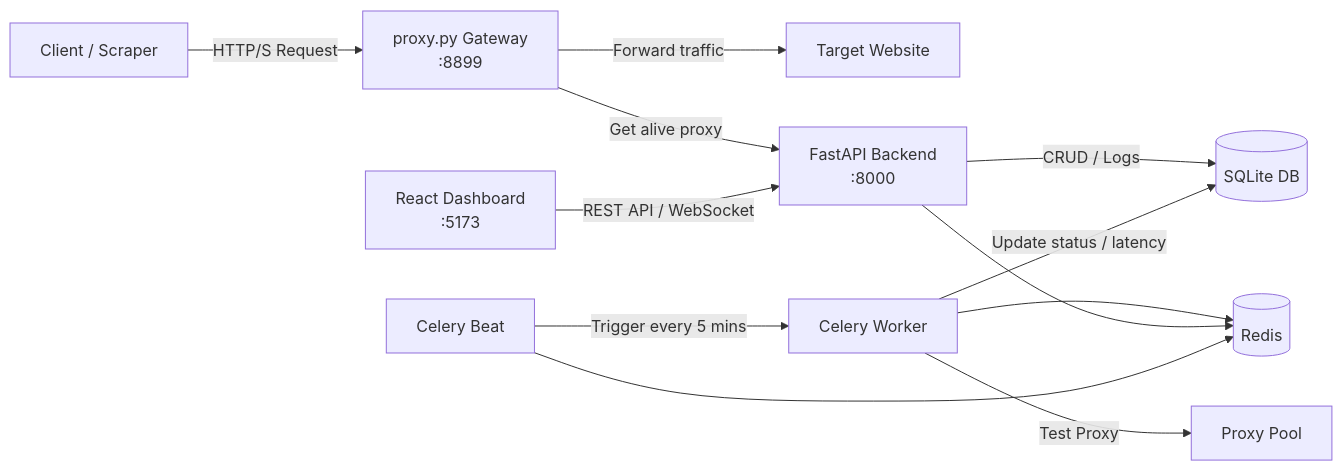
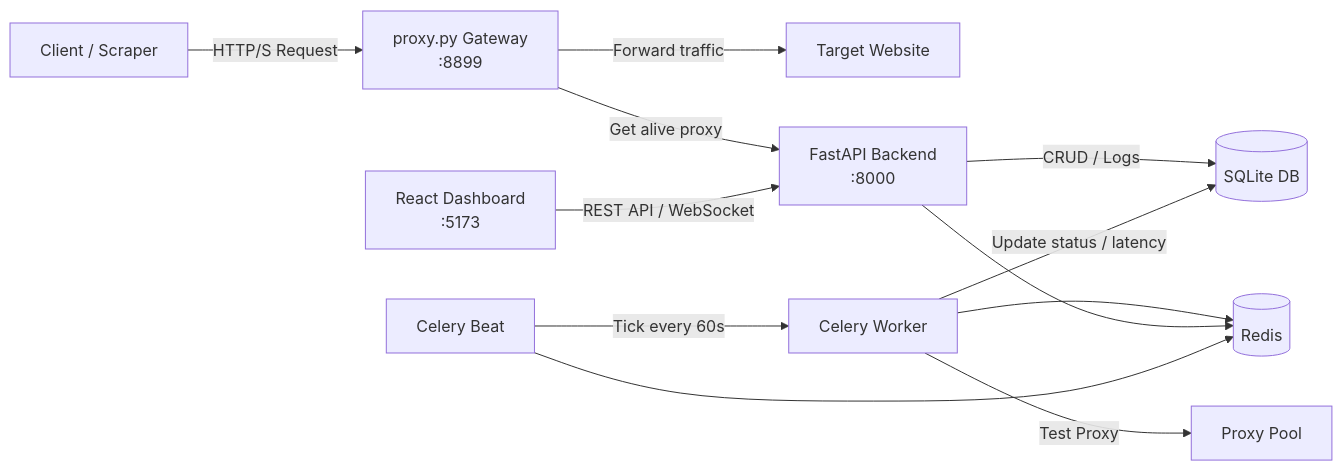
Before and after one commit to ngotuananh101/proxyhub: the diagram in README.md, drawn with Mermaid. The commit also changed other lines of this file and 16 other files, not shown here.

````diff
--- a/README.md
+++ b/README.md
@@ -43,16 +43,16 @@
 ```mermaid
 flowchart LR
     C[Client / Scraper] -->|HTTP/S Request| G[proxy.py Gateway<br/>:8899]
     G -->|Forward traffic| T[Target Website]
     G -->|Get alive proxy| B[FastAPI Backend<br/>:8000]
 
     R[React Dashboard<br/>:5173] -->|REST API / WebSocket| B
     B -->|CRUD / Logs| D[(SQLite DB)]
 
-    CB[Celery Beat] -->|Trigger every 5 mins| CW[Celery Worker]
+    CB[Celery Beat] -->|Tick every 60s| CW[Celery Worker]
     CW -->|Test Proxy| P[Proxy Pool]
     CW -->|Update status / latency| D
     CW --> BR[(Redis)]
     B --> BR
     CB --> BR
 ```
````
